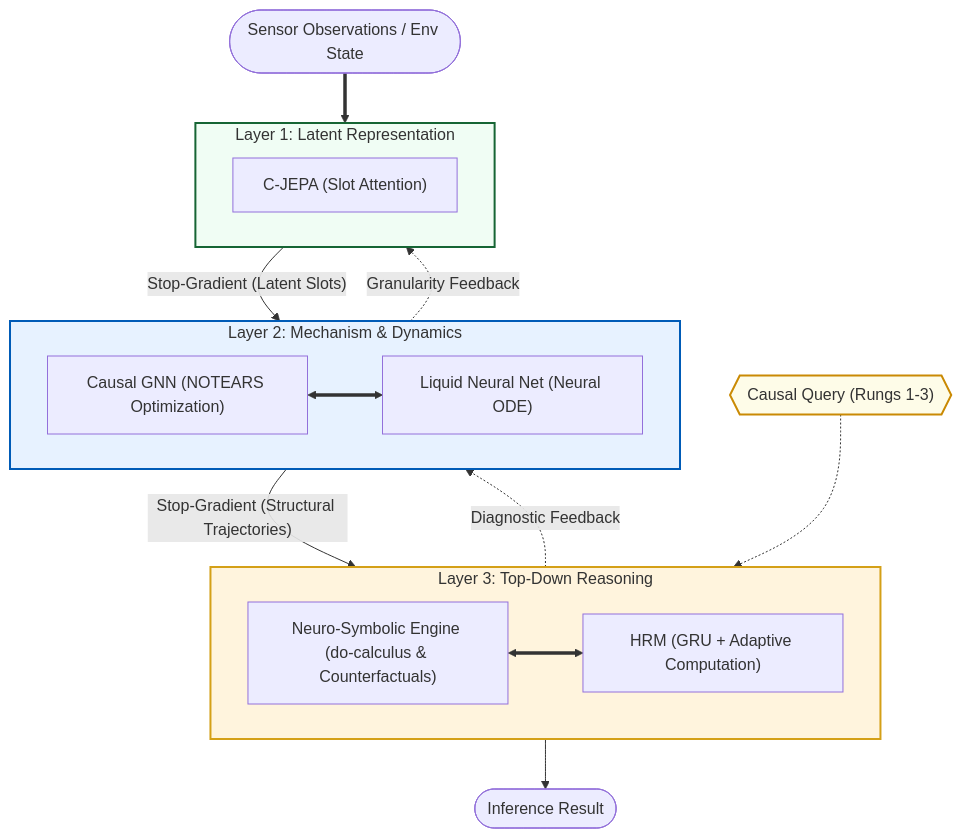
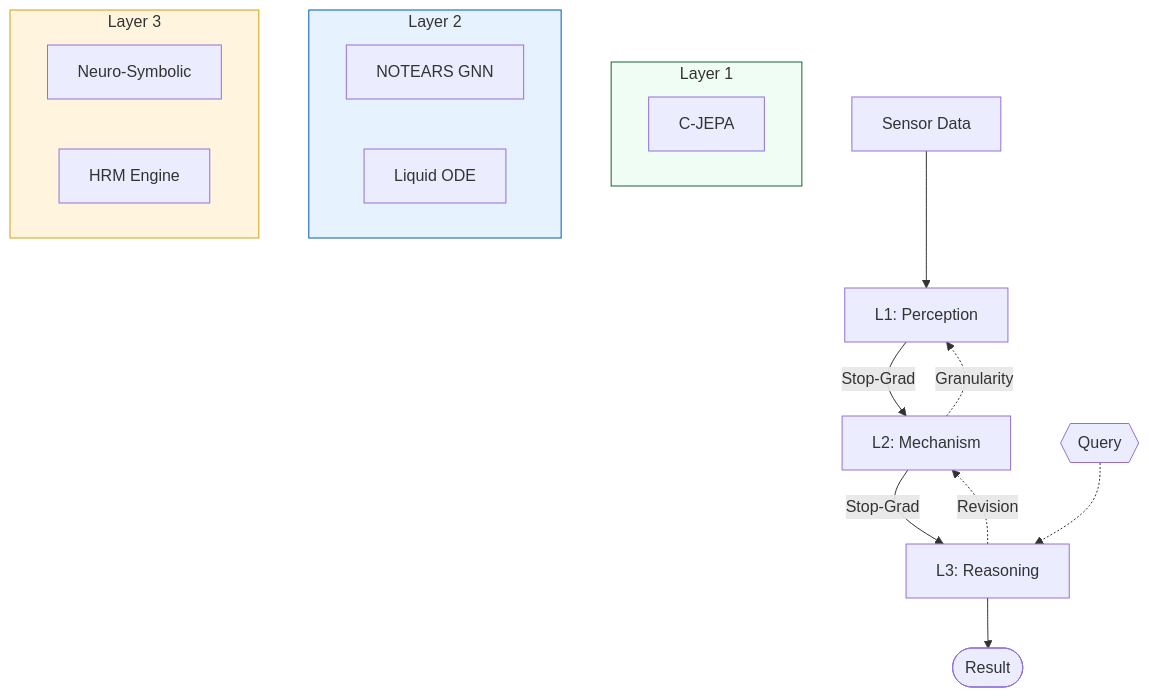
Before and after one commit to sunghunkwag/HHCRA-Causal-Inference: the diagram in README.md, drawn with Mermaid.

Commit message:
docs: use minimal safe mermaid syntax to fix rendering overlaps

````diff
--- a/README.md
+++ b/README.md
@@ -20,40 +20,33 @@
 ```mermaid
-flowchart TB
-    %% Nodes
-    Obs([Sensor Observations / Env State])
+graph TD
+    %% Main Hierarchy
+    A[Sensor Data] --> B[L1: Perception]
+    B -- "Stop-Grad" --> C[L2: Mechanism]
+    C -- "Stop-Grad" --> D[L3: Reasoning]
     
-    subgraph L3 ["Layer 3: Top-Down Reasoning"]
-        NSE["Neuro-Symbolic Engine (do-calculus & Counterfactuals)"]
-        HRM["HRM (GRU + Adaptive Computation)"]
-        NSE <==> HRM
+    %% Components inside layers (flat structure for stability)
+    subgraph L1 [Layer 1]
+        B1[C-JEPA]
+    end
+    
+    subgraph L2 [Layer 2]
+        C1[NOTEARS GNN]
+        C2[Liquid ODE]
+    end
+    
+    subgraph L3 [Layer 3]
+        D1[Neuro-Symbolic]
+        D2[HRM Engine]
     end
 
-    subgraph L2 ["Layer 2: Mechanism & Dynamics"]
-        GNN["Causal GNN (NOTEARS Optimization)"]
-        LNN["Liquid Neural Net (Neural ODE)"]
-        GNN <==> LNN
-    end
-
-    subgraph L1 ["Layer 1: Latent Representation"]
-        CJEPA["C-JEPA (Slot Attention)"]
-    end
-
-    %% High-level Flow
-    Obs ==> L1
-    L1 -- "Stop-Gradient (Latent Slots)" --> L2
-    L2 -- "Stop-Gradient (Structural Trajectories)" --> L3
-    
-    %% Feedback Loops
-    L3 -. "Diagnostic Feedback" .-> L2
-    L2 -. "Granularity Feedback" .-> L1
-
-    %% Queries
-    Query{{"Causal Query (Rungs 1-3)"}} -.-> L3
-    L3 --> Result([Inference Result])
+    %% Feedback & Logic
+    D -. "Revision" .-> C
+    C -. "Granularity" .-> B
+    Q{{"Query"}} -.-> D
+    D --> R([Result])
 
     %% Styling
-    style L3 fill:#fff4dd,stroke:#d4a017,stroke-width:2px
-    style L2 fill:#e7f2ff,stroke:#005bb7,stroke-width:2px
-    style L1 fill:#f0fdf4,stroke:#166534,stroke-width:2px
-    style Query fill:#fefce8,stroke:#ca8a04,stroke-width:2px
+    style L3 fill:#fff4dd,stroke:#d4a017
+    style L2 fill:#e7f2ff,stroke:#005bb7
+    style L1 fill:#f0fdf4,stroke:#166534
 ```
````
